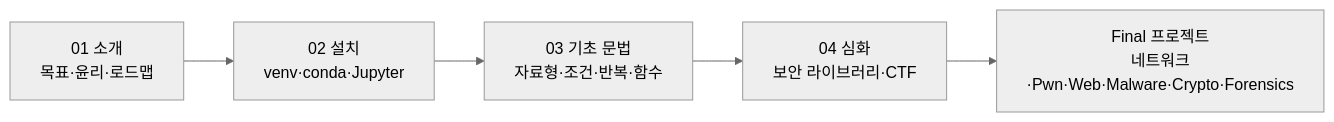
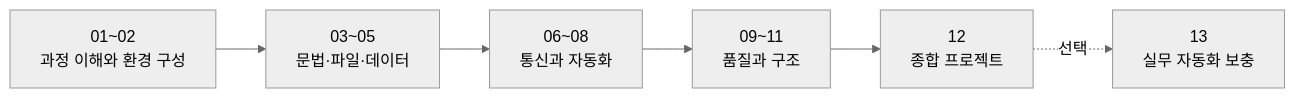
Before and after one commit to zxz3650/Python: the diagram in 01-python-intro.md, drawn with Mermaid (neutral theme). The commit also changed other lines of this file, not shown here.

````diff
--- a/01-python-intro.md
+++ b/01-python-intro.md
@@ -36,7 +78,8 @@
 ```mermaid
 flowchart LR
-    A["01 소개<br/>목표·윤리·로드맵"] --> B["02 설치<br/>venv·conda·Jupyter"]
-    B --> C["03 기초 문법<br/>자료형·조건·반복·함수"]
-    C --> D["04 심화<br/>보안 라이브러리·CTF"]
-    D --> E["Final 프로젝트<br/>네트워크·Pwn·Web·Malware·Crypto·Forensics"]
+    A["01~02<br/>과정 이해와 환경 구성"] --> B["03~05<br/>문법·파일·데이터"]
+    B --> C["06~08<br/>통신과 자동화"]
+    C --> D["09~11<br/>품질과 구조"]
+    D --> E["12<br/>종합 프로젝트"]
+    E -. 선택 .-> F["13<br/>실무 자동화 보충"]
 ```
````
